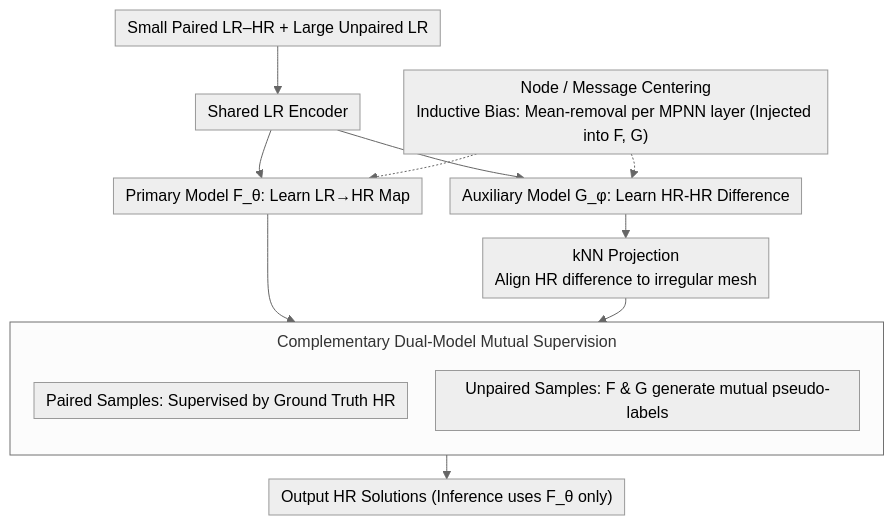
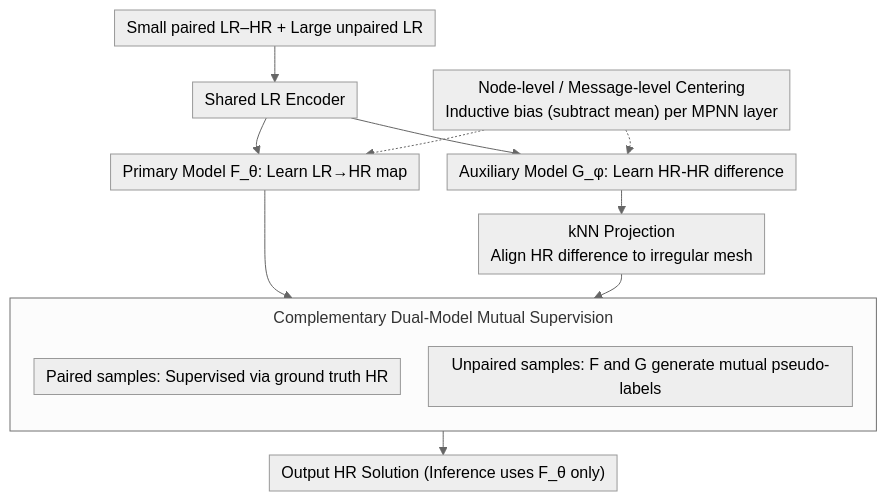
One commit to zhaoyang97/Paper-Notes-en changed the diagram in docs/ICML2026/image_restoration/semi-supervised_neural_super-resolution_for_mesh-based_simulations.md. Above: the diagram before and after it, drawn with Mermaid (neutral theme). The commit also changed other lines of this file and 5084 other files, not shown here.

````diff
--- a/docs/ICML2026/image_restoration/semi-supervised_neural_super-resolution_for_mesh-based_simulations.md
+++ b/docs/ICML2026/image_restoration/semi-supervised_neural_super-resolution_for_mesh-based_simulations.md
@@ -42,19 +42,19 @@
 ```mermaid
 %%{init: {'flowchart': {'rankSpacing': 24, 'nodeSpacing': 28, 'padding': 6, 'wrappingWidth': 400, 'subGraphTitleMargin': {'top': 8, 'bottom': 16}}}}%%
 flowchart TD
-    A["Small Paired LR–HR + Large Unpaired LR"] --> B["Shared LR Encoder"]
-    B --> C["Primary Model F_θ: Learn LR→HR Map"]
-    B --> D["Auxiliary Model G_φ: Learn HR-HR Difference"]
-    E["Node / Message Centering<br/>Inductive Bias: Mean-removal per MPNN layer (Injected into F, G)"]
+    A["Small paired LR–HR + Large unpaired LR"] --> B["Shared LR Encoder"]
+    B --> C["Primary Model F_θ: Learn LR→HR map"]
+    B --> D["Auxiliary Model G_φ: Learn HR-HR difference"]
+    E["Node-level / Message-level Centering<br/>Inductive bias (subtract mean) per MPNN layer"]
     E -.-> C
     E -.-> D
     D --> F["kNN Projection<br/>Align HR difference to irregular mesh"]
     subgraph SUP["Complementary Dual-Model Mutual Supervision"]
         direction TB
-        G["Paired Samples: Supervised by Ground Truth HR"]
-        H["Unpaired Samples: F & G generate mutual pseudo-labels"]
+        G["Paired samples: Supervised via ground truth HR"]
+        H["Unpaired samples: F and G generate mutual pseudo-labels"]
     end
     C --> SUP
     F --> SUP
-    SUP --> I["Output HR Solutions (Inference uses F_θ only)"]
+    SUP --> I["Output HR Solution (Inference uses F_θ only)"]
 ```
````
